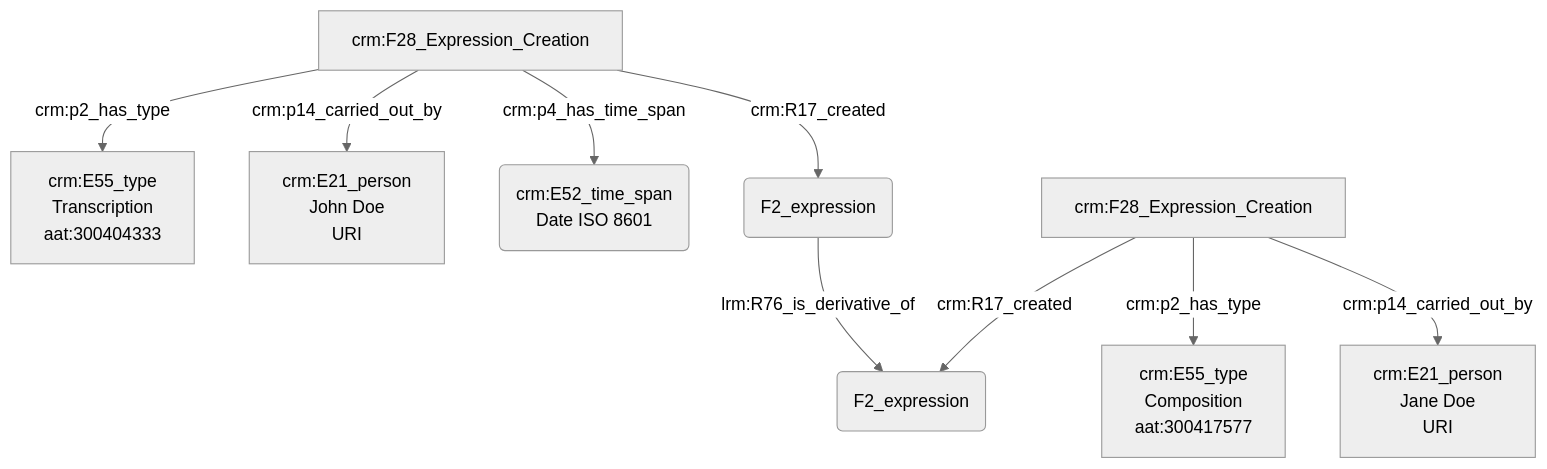
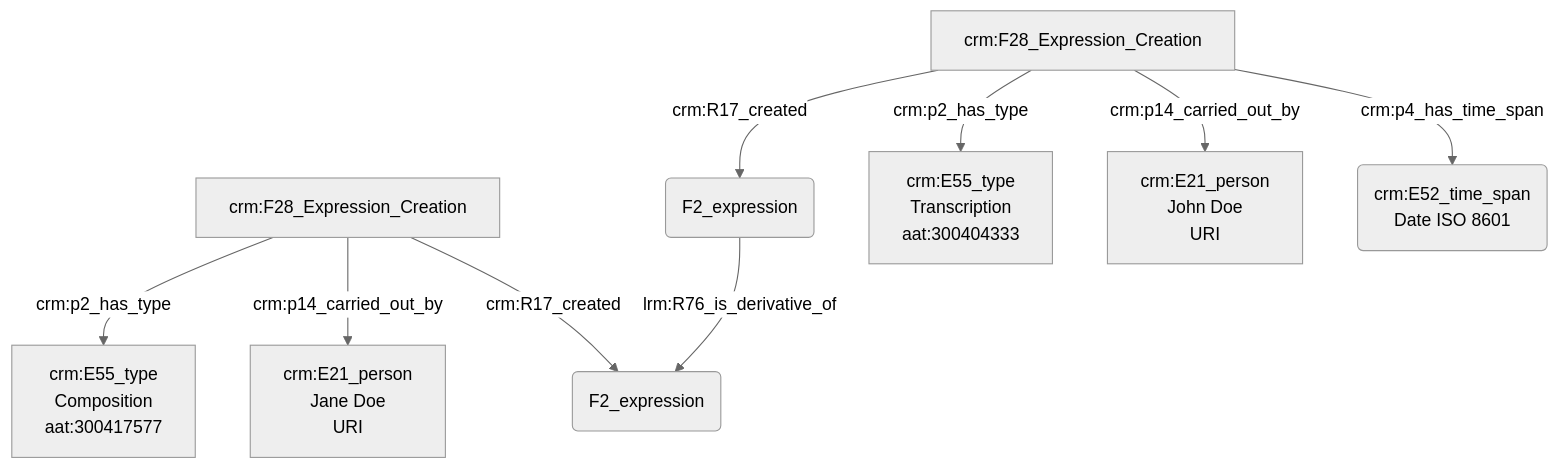
The diagram in modules/livrables/Dossier 2/Indexation conceptuelle/transcription d'une œuvre.md (Amleth/consortium-musica2-gt2-ontologies), drawn with Mermaid (neutral theme) before and after one commit.

Commit message:
Update transcription d'une œuvre.md

````diff
--- a/modules/livrables/Dossier 2/Indexation conceptuelle/transcription d'une œuvre.md
+++ b/modules/livrables/Dossier 2/Indexation conceptuelle/transcription d'une œuvre.md
@@ -18,18 +18,20 @@
 ```mermaid
 graph TD;
 
 
+E[crm:F28_Expression_Creation] --> |crm:p2_has_type| G[crm:E55_type<br>Composition<br>aat:300417577]
+E[crm:F28_Expression_Creation] --> |crm:p14_carried_out_by| F[crm:E21_person<br>Jane Doe<br>URI]
+E[crm:F28_Expression_Creation] --> |crm:R17_created| M(F2_expression)
 
+N(F2_expression) --> |lrm:R76_is_derivative_of| M(F2_expression)
+A[crm:F28_Expression_Creation] --> |crm:R17_created| N(F2_expression)
 
 A[crm:F28_Expression_Creation] --> |crm:p2_has_type| B[crm:E55_type<br>Transcription<br>aat:300404333]
 A[crm:F28_Expression_Creation] --> |crm:p14_carried_out_by| C[crm:E21_person<br>John Doe<br>URI]
 A[crm:F28_Expression_Creation] --> |crm:p4_has_time_span| I(crm:E52_time_span<br>Date ISO 8601)
-A[crm:F28_Expression_Creation] --> |crm:R17_created| N(F2_expression)
 
-N(F2_expression) --> |lrm:R76_is_derivative_of| M(F2_expression)
 
-E[crm:F28_Expression_Creation] --> |crm:R17_created| M(F2_expression)
-E[crm:F28_Expression_Creation] --> |crm:p2_has_type| G[crm:E55_type<br>Composition<br>aat:300417577]
-E[crm:F28_Expression_Creation] --> |crm:p14_carried_out_by| F[crm:E21_person<br>Jane Doe<br>URI]
+
+
 
 ```
````
